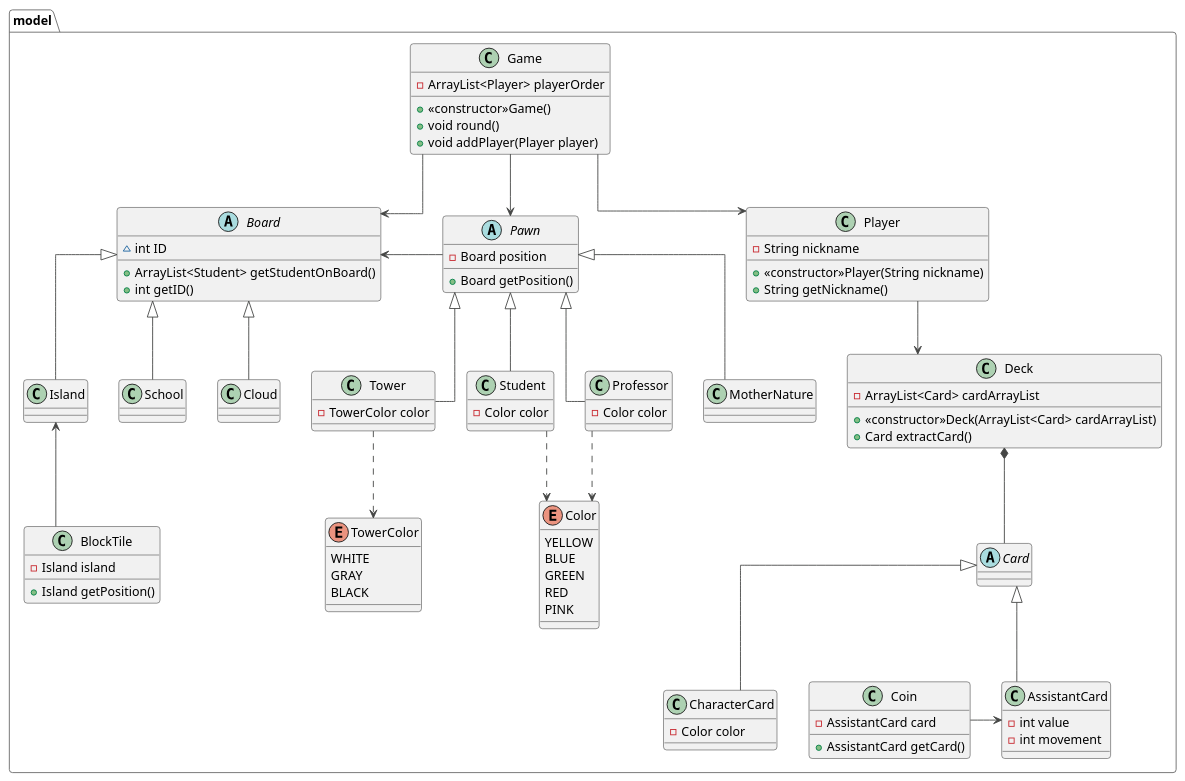
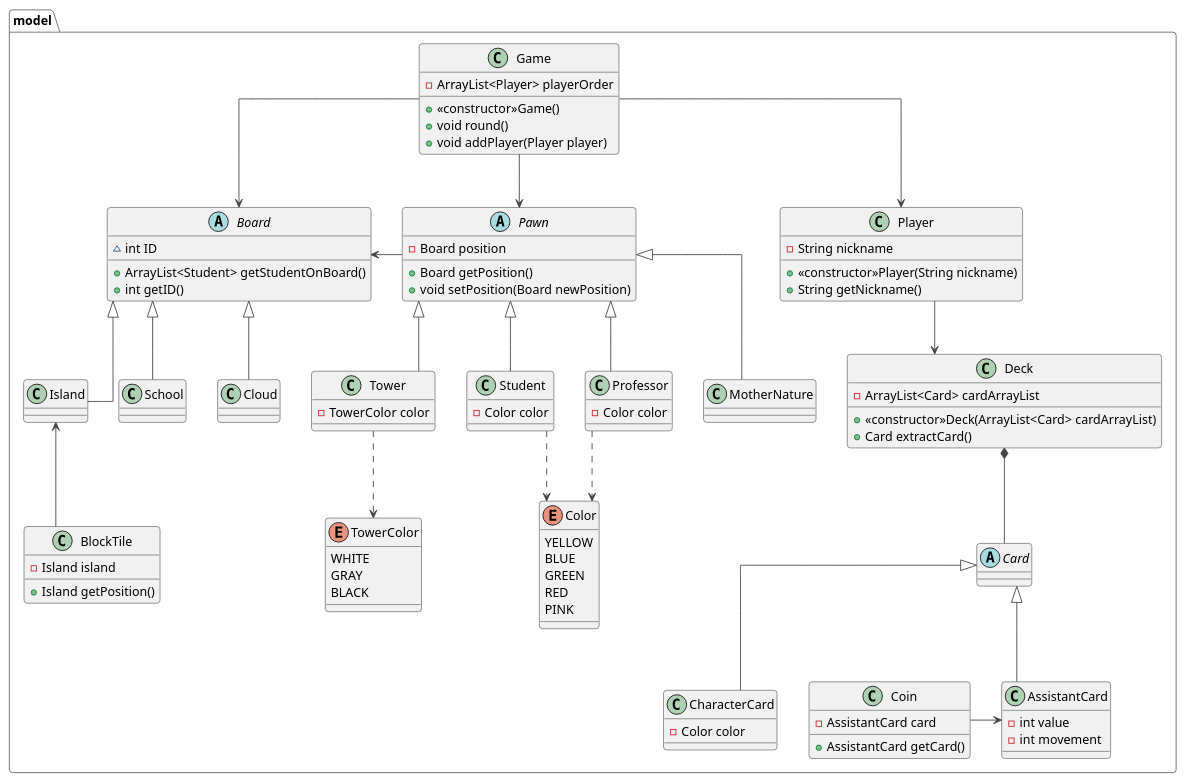
One commit to nicolozambon/ing-sw-2022-sciarrabba-sironi-zambon changed the diagram in uml/initial_uml.puml. Above: the diagram before and after it, drawn with PlantUML. The commit also changed 1 other file, not shown here.

Commit message:
Modified pawn class and uml

```diff
--- a/uml/initial_uml.puml
+++ b/uml/initial_uml.puml
@@ -1,127 +1,128 @@
 @startuml initial_uml
 !theme vibrant
 skinparam Linetype polyline
 skinparam Linetype ortho
 
 package model <<Folder>> {
     enum Color {
         YELLOW
         BLUE
         GREEN
         RED
         PINK
     }
 
     enum TowerColor {
         WHITE
         GRAY
         BLACK
     }
 
     class Game {
         - ArrayList<Player> playerOrder
         + <<constructor>>Game()
         + void round()
         + void addPlayer(Player player)
     }
 
     abstract class Board {
         ~ int ID
         + ArrayList<Student> getStudentOnBoard()
         + int getID()
     }
     
     abstract class Pawn {
         - Board position
         + Board getPosition()
+        + void setPosition(Board newPosition)
     }
 
     abstract class Card
 
     class Player {
         - String nickname
         + <<constructor>>Player(String nickname)
         + String getNickname()
     }
 
     class Island {
     
     }
     
     class School {
     
     }
 
     class Cloud {
 
     }
 
     class Professor {
         - Color color
     }
 
     class Student {
         - Color color
     }
 
     class Tower {
         - TowerColor color
     }
 
     class MotherNature
 
     class AssistantCard {
         - int value
         - int movement
     }
 
     class CharacterCard {
         - Color color
     }
 
     class Deck {
         - ArrayList<Card> cardArrayList
         + <<constructor>>Deck(ArrayList<Card> cardArrayList)
         + Card extractCard()
     }
 
     class Coin {
         - AssistantCard card
         + AssistantCard getCard()
     }
 
     class BlockTile {
         - Island island
         + Island getPosition()
     }
 
     BlockTile -UP-> Island
     Coin -RIGHT-> AssistantCard
 
     Card <|-DOWN- AssistantCard
     Card <|-- CharacterCard
 
     Board <|-DOWN- Island
     Board <|-DOWN- Cloud
     Board <|-DOWN- School
     Board <-RIGHT-- Pawn
 
     Pawn <|-- Professor
     Pawn <|-- Student
     Pawn <|-- Tower
     Pawn <|-- MotherNature
 
     Deck *-- Card
     Deck <-UP- Player
 
     Game --> Player
     Game --> Board
     Game --> Pawn
     
     Color <.UP. Professor
     Color <.UP. Student
 
     TowerColor <.UP. Tower
 }
 
 @enduml
```
